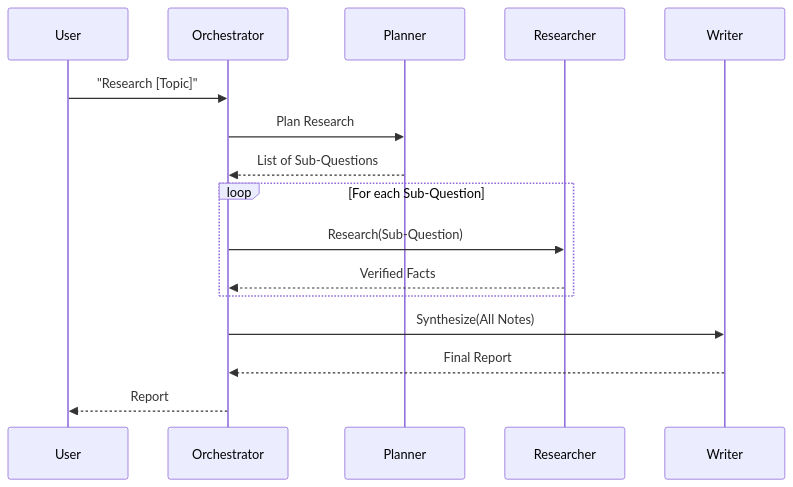
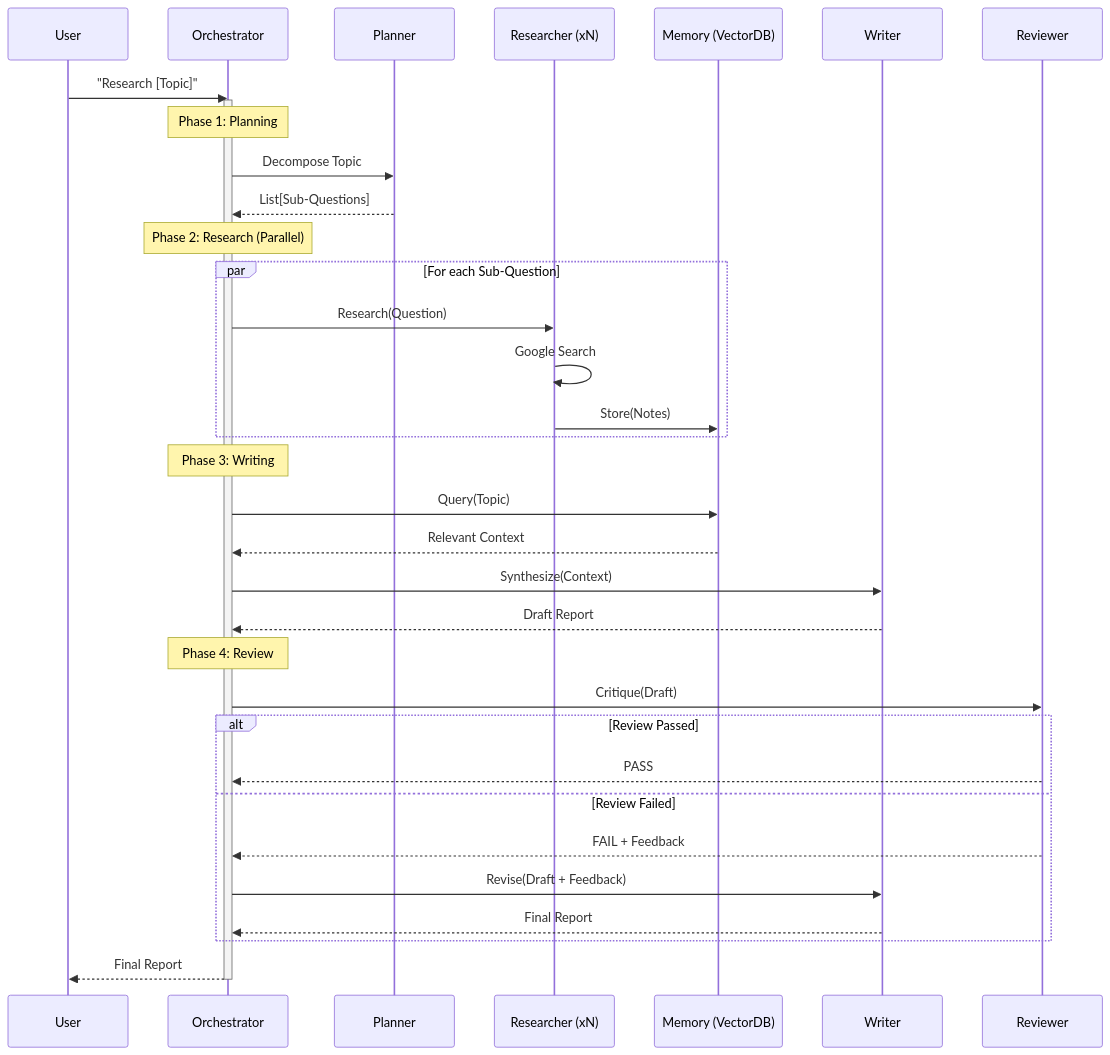
Before and after one commit to ic3land3r/Deep-Research-for-CLI: the diagram in README.md, drawn with Mermaid. The commit also changed other lines of this file, not shown here.

Commit message:
Update documentation with detailed Functional Architecture

````diff
--- a/README.md
+++ b/README.md
@@ -48,21 +39,43 @@
 ```mermaid
 sequenceDiagram
     participant User
-    participant Orchestrator
-    participant Planner
-    participant Researcher
-    participant Writer
+    participant Orch as Orchestrator
+    participant Plan as Planner
+    participant Res as Researcher (xN)
+    participant Mem as Memory (VectorDB)
+    participant Write as Writer
+    participant Rev as Reviewer
     
-    User->>Orchestrator: "Research [Topic]"
-    Orchestrator->>Planner: Plan Research
-    Planner-->>Orchestrator: List of Sub-Questions
+    User->>Orch: "Research [Topic]"
+    activate Orch
     
-    loop For each Sub-Question
-        Orchestrator->>Researcher: Research(Sub-Question)
-        Researcher-->>Orchestrator: Verified Facts
+    Note over Orch: Phase 1: Planning
+    Orch->>Plan: Decompose Topic
+    Plan-->>Orch: List[Sub-Questions]
+    
+    Note over Orch: Phase 2: Research (Parallel)
+    par For each Sub-Question
+        Orch->>Res: Research(Question)
+        Res->>Res: Google Search
+        Res->>Mem: Store(Notes)
     end
     
-    Orchestrator->>Writer: Synthesize(All Notes)
-    Writer-->>Orchestrator: Final Report
-    Orchestrator-->>User: Report
+    Note over Orch: Phase 3: Writing
+    Orch->>Mem: Query(Topic)
+    Mem-->>Orch: Relevant Context
+    Orch->>Write: Synthesize(Context)
+    Write-->>Orch: Draft Report
+    
+    Note over Orch: Phase 4: Review
+    Orch->>Rev: Critique(Draft)
+    alt Review Passed
+        Rev-->>Orch: PASS
+    else Review Failed
+        Rev-->>Orch: FAIL + Feedback
+        Orch->>Write: Revise(Draft + Feedback)
+        Write-->>Orch: Final Report
+    end
+    
+    Orch-->>User: Final Report
+    deactivate Orch
 ```
````
